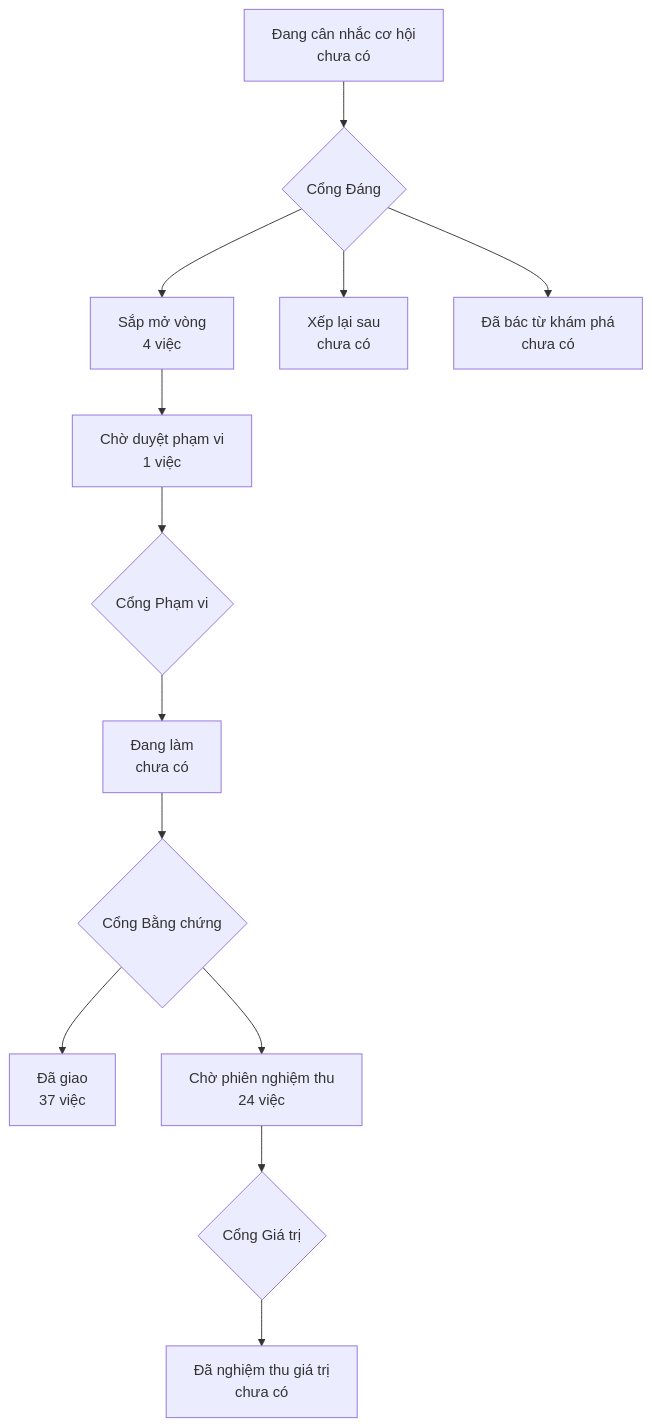
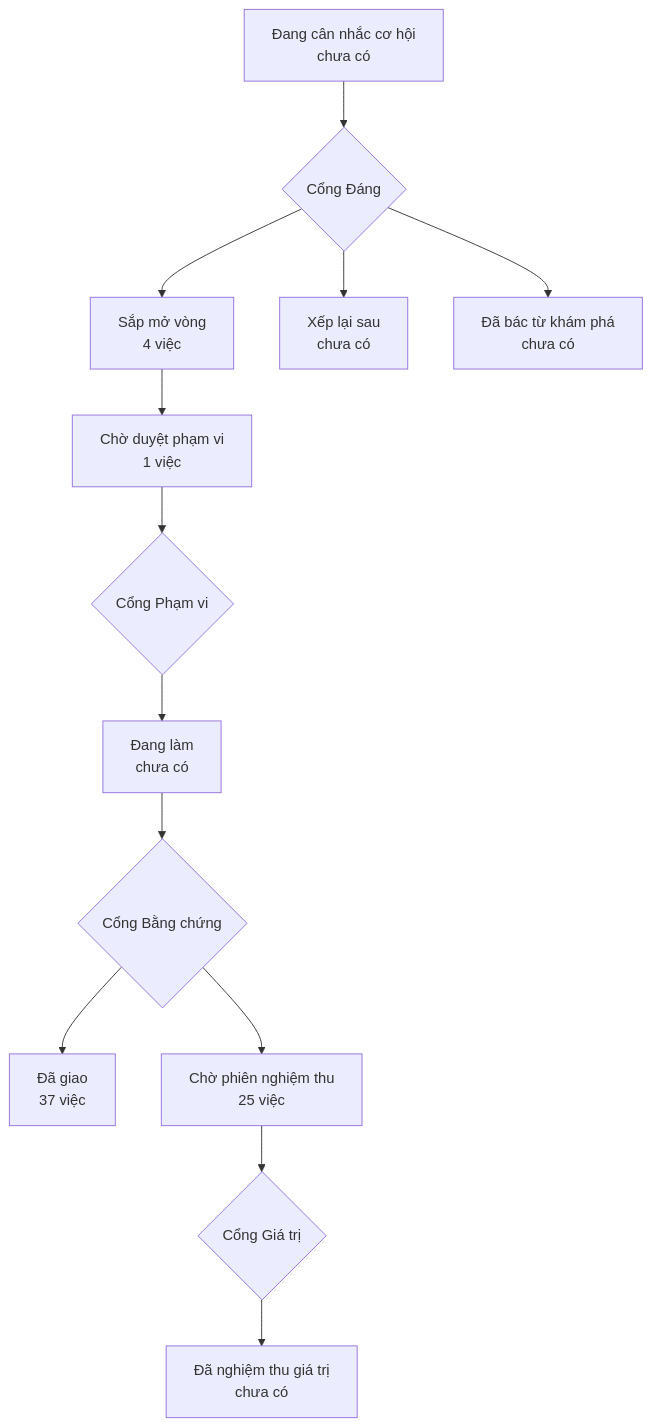
Before and after one commit to phanlemanh/onehub-invest: the diagram in PRODUCT-MAP.md, drawn with Mermaid. The commit also changed other lines of this file and 1 other file, not shown here.

Commit message:
chore(lo-trinh): vẽ lại bản đồ sau gộp main (buoc-chup)

````diff
--- a/PRODUCT-MAP.md
+++ b/PRODUCT-MAP.md
@@ -7,12 +7,12 @@
 ```mermaid
 flowchart TD
   A["Đang cân nhắc cơ hội<br/>chưa có"] --> GD{"Cổng Đáng"}
   GD --> B["Sắp mở vòng<br/>4 việc"]
   GD --> XL["Xếp lại sau<br/>chưa có"]
   GD --> DB["Đã bác từ khám phá<br/>chưa có"]
   B --> CD["Chờ duyệt phạm vi<br/>1 việc"] --> GP{"Cổng Phạm vi"}
   GP --> DL["Đang làm<br/>chưa có"] --> GB{"Cổng Bằng chứng"}
   GB --> DG["Đã giao<br/>37 việc"]
-  GB --> CN["Chờ phiên nghiệm thu<br/>24 việc"] --> GG{"Cổng Giá trị"}
+  GB --> CN["Chờ phiên nghiệm thu<br/>25 việc"] --> GG{"Cổng Giá trị"}
   GG --> NT["Đã nghiệm thu giá trị<br/>chưa có"]
 ```
````
